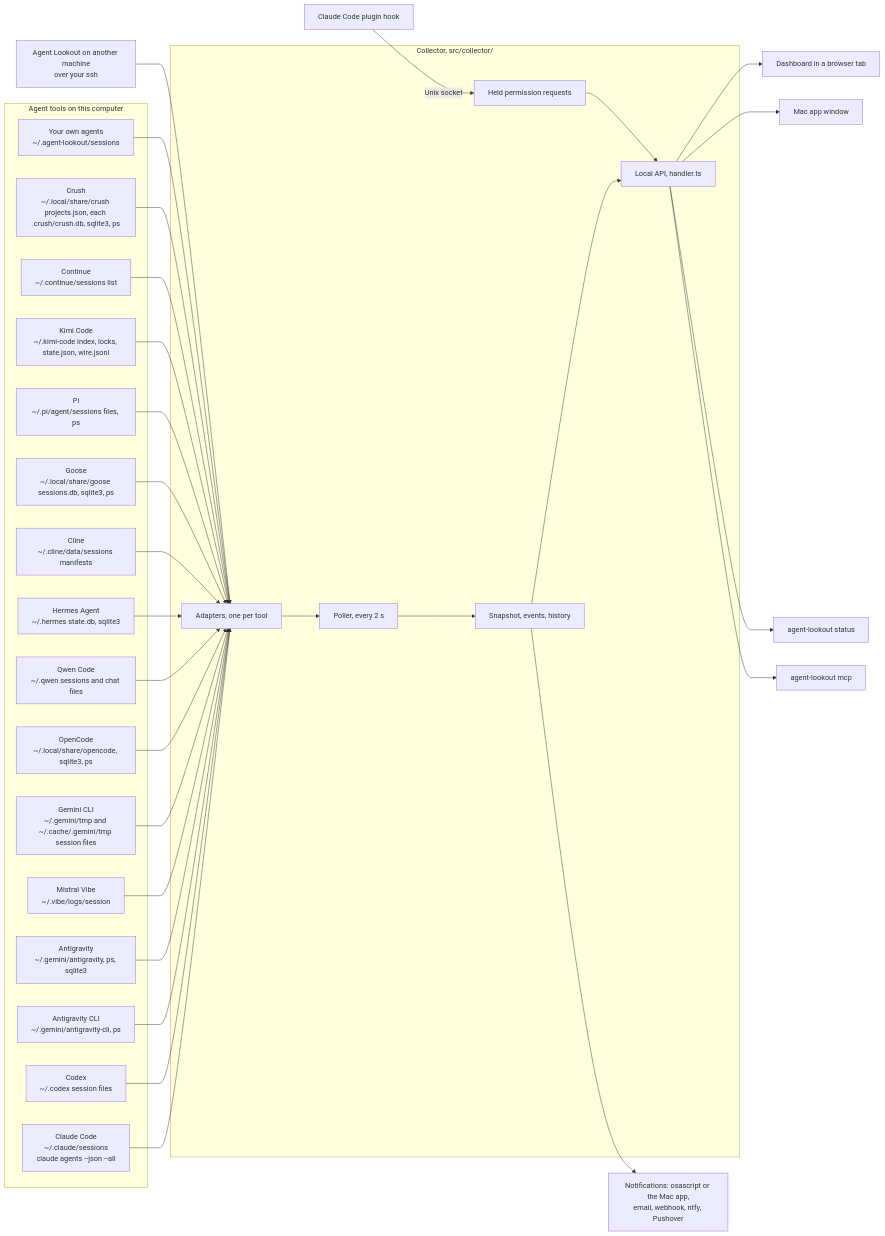
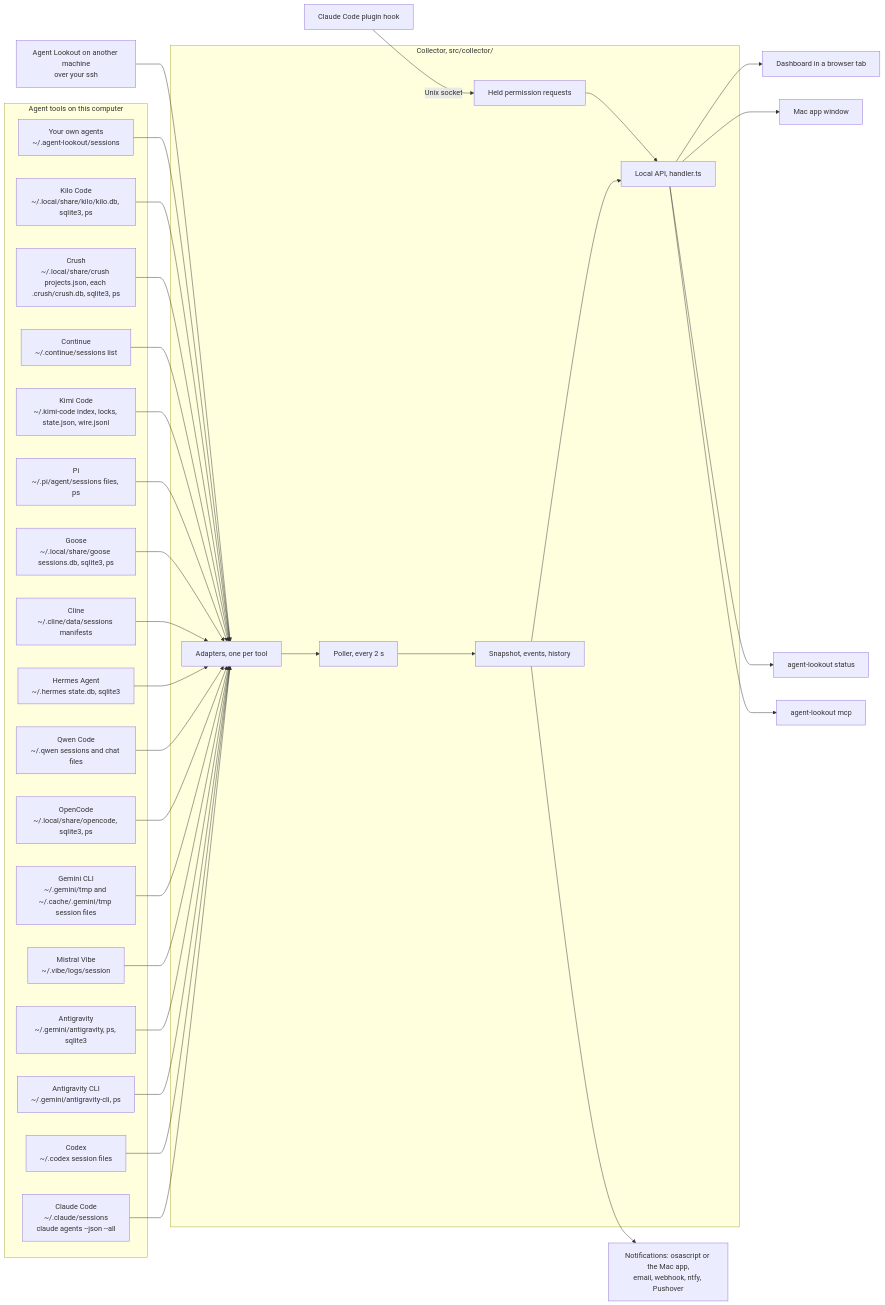
The first of 4 diagrams in docs/TOUR.md (Olanetsoft/agent-lookout), drawn with Mermaid before and after one commit. The commit also changed other lines of this file and 66 other files, not shown here.

First line of the commit message:
Add the Kilo Code adapter (#329)

````diff
--- a/docs/TOUR.md
+++ b/docs/TOUR.md
@@ -29,55 +29,57 @@
 ```mermaid
 flowchart LR
   subgraph tools["Agent tools on this computer"]
     cc["Claude Code<br/>~/.claude/sessions<br/>claude agents --json --all"]
     cx["Codex<br/>~/.codex session files"]
     ag["Antigravity CLI<br/>~/.gemini/antigravity-cli, ps"]
     aa["Antigravity<br/>~/.gemini/antigravity, ps, sqlite3"]
     mv["Mistral Vibe<br/>~/.vibe/logs/session"]
     gc["Gemini CLI<br/>~/.gemini/tmp and ~/.cache/.gemini/tmp session files"]
     oc["OpenCode<br/>~/.local/share/opencode, sqlite3, ps"]
     qw["Qwen Code<br/>~/.qwen sessions and chat files"]
     ha["Hermes Agent<br/>~/.hermes state.db, sqlite3"]
     cl["Cline<br/>~/.cline/data/sessions manifests"]
     gs["Goose<br/>~/.local/share/goose sessions.db, sqlite3, ps"]
     pi["Pi<br/>~/.pi/agent/sessions files, ps"]
     kc["Kimi Code<br/>~/.kimi-code index, locks, state.json, wire.jsonl"]
     cn["Continue<br/>~/.continue/sessions list"]
     cr["Crush<br/>~/.local/share/crush projects.json, each .crush/crush.db, sqlite3, ps"]
+    kl["Kilo Code<br/>~/.local/share/kilo/kilo.db, sqlite3, ps"]
     sf["Your own agents<br/>~/.agent-lookout/sessions"]
   end
   remote["Agent Lookout on another machine<br/>over your ssh"]
   plugin["Claude Code plugin hook"]
   subgraph collector["Collector, src/collector/"]
     adapters["Adapters, one per tool"]
     poller["Poller, every 2 s"]
     snap["Snapshot, events, history"]
     api["Local API, handler.ts"]
     held["Held permission requests"]
   end
   cc --> adapters
   cx --> adapters
   ag --> adapters
   aa --> adapters
   mv --> adapters
   gc --> adapters
   oc --> adapters
   qw --> adapters
   ha --> adapters
   cl --> adapters
   gs --> adapters
   pi --> adapters
   kc --> adapters
   cn --> adapters
   cr --> adapters
+  kl --> adapters
   sf --> adapters
   remote --> adapters
   plugin -->|"Unix socket"| held
   adapters --> poller --> snap --> api
   held --> api
   api --> page["Dashboard in a browser tab"]
   api --> mac["Mac app window"]
   api --> status["agent-lookout status"]
   api --> mcp["agent-lookout mcp"]
   snap --> channels["Notifications: osascript or the Mac app,<br/>email, webhook, ntfy, Pushover"]
 ```
````
